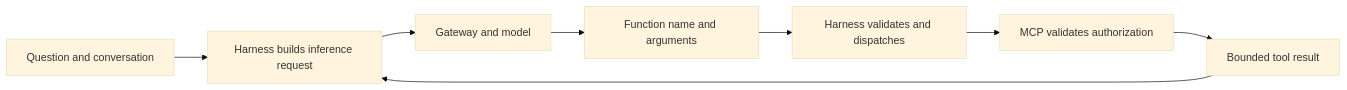
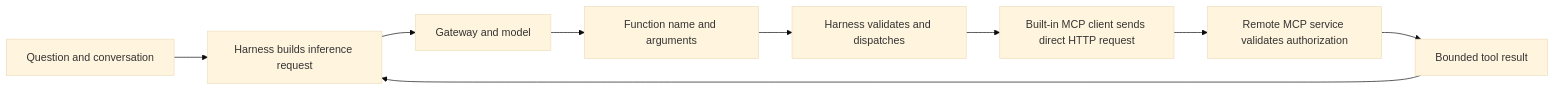
Before and after one commit to cdot65/prisma-airs-reference-architecture: the first of 2 diagrams in docs/harness.md, drawn with Mermaid (base theme). The commit also changed other lines of this file and 9 other files, not shown here.

Commit message:
Clarify built-in MCP client and separate remote service architecture

````diff
--- a/docs/harness.md
+++ b/docs/harness.md
@@ -13,12 +15,13 @@
 ```mermaid
 flowchart LR
     accTitle: The harness execution loop
     accDescr: The harness sends tool definitions to the model through the gateway, dispatches returned function calls to MCP, and includes bounded results in the next inference request.
     question["Question and conversation"] --> request["Harness builds inference request"]
     request --> gateway["Gateway and model"]
     gateway --> functionCall["Function name and arguments"]
     functionCall --> dispatch["Harness validates and dispatches"]
-    dispatch --> mcp["MCP validates authorization"]
+    dispatch --> client["Built-in MCP client sends direct HTTP request"]
+    client --> mcp["Remote MCP service validates authorization"]
     mcp --> result["Bounded tool result"]
     result --> request
 ```
````
